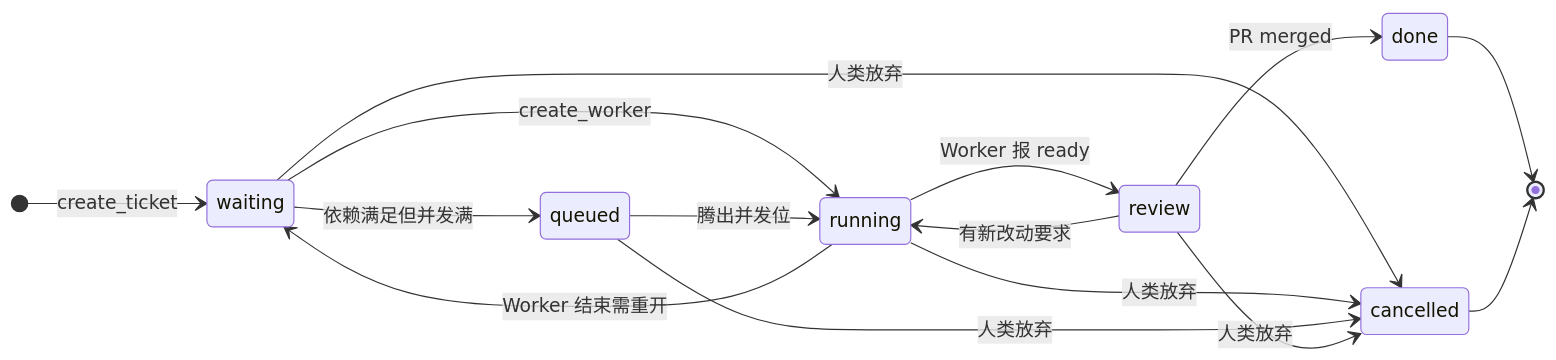
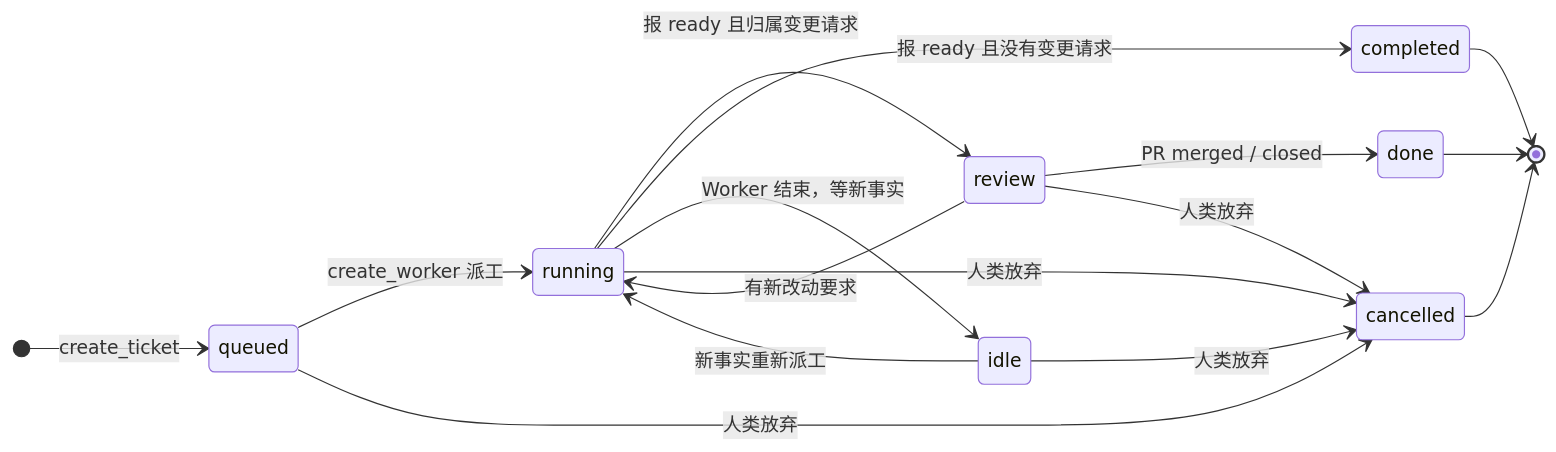
One commit to hairyfbot/dsh-supermesh changed the third of 10 diagrams in docs/flow.md. Above: the diagram before and after it, drawn with Mermaid. The commit also changed other lines of this file and 44 other files, not shown here.

First line of the commit message:
fix(ticket): 票阶段对齐官方，waiting 拆成 queued / idle 并补 completed 终态

````diff
--- a/docs/flow.md
+++ b/docs/flow.md
@@ -100,18 +100,19 @@
 ```mermaid
 stateDiagram-v2
     direction LR
-    [*] --> waiting : create_ticket
-    waiting --> queued : 依赖满足但并发满
-    waiting --> running : create_worker
-    queued --> running : 腾出并发位
-    running --> review : Worker 报 ready
-    running --> waiting : Worker 结束需重开
-    review --> done : PR merged
+    [*] --> queued : create_ticket
+    queued --> running : create_worker 派工
+    running --> review : 报 ready 且归属变更请求
+    running --> completed : 报 ready 且没有变更请求
+    running --> idle : Worker 结束，等新事实
     review --> running : 有新改动要求
-    waiting --> cancelled : 人类放弃
+    review --> done : PR merged / closed
+    idle --> running : 新事实重新派工
+    queued --> cancelled : 人类放弃
     running --> cancelled : 人类放弃
-    queued --> cancelled : 人类放弃
+    idle --> cancelled : 人类放弃
     review --> cancelled : 人类放弃
     done --> [*]
+    completed --> [*]
     cancelled --> [*]
 ```
````
